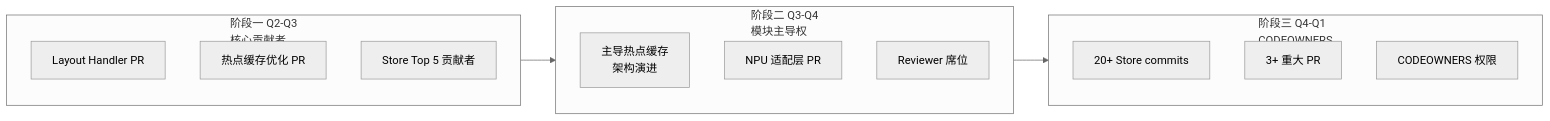
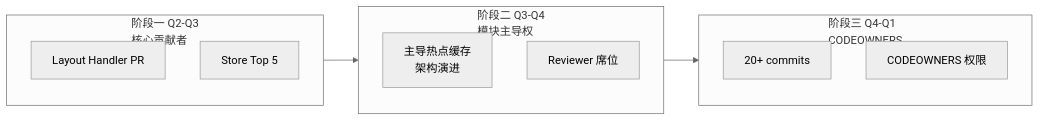
One commit to QJWang23/Mooncake changed the tenth of 10 diagrams in docs/superpowers/briefings/2026-06-11-distributed-kvcache-executive-briefing.md. Above: the diagram before and after it, drawn with Mermaid (neutral theme). The commit also changed other lines of this file, not shown here.

````diff
--- a/docs/superpowers/briefings/2026-06-11-distributed-kvcache-executive-briefing.md
+++ b/docs/superpowers/briefings/2026-06-11-distributed-kvcache-executive-briefing.md
@@ -443,22 +351,19 @@
 ```mermaid
 graph LR
-    subgraph 阶段一["阶段一 Q2-Q3<br/>核心贡献者"]
+    subgraph Q2Q3["阶段一 Q2-Q3<br/>核心贡献者"]
         A1["Layout Handler PR"]
-        A2["热点缓存优化 PR"]
-        A3["Store Top 5 贡献者"]
+        A2["Store Top 5"]
     end
 
-    subgraph 阶段二["阶段二 Q3-Q4<br/>模块主导权"]
+    subgraph Q3Q4["阶段二 Q3-Q4<br/>模块主导权"]
         B1["主导热点缓存<br/>架构演进"]
-        B2["NPU 适配层 PR"]
-        B3["Reviewer 席位"]
+        B2["Reviewer 席位"]
     end
 
-    subgraph 阶段三["阶段三 Q4-Q1<br/>CODEOWNERS"]
-        C1["20+ Store commits"]
-        C2["3+ 重大 PR"]
-        C3["CODEOWNERS 权限"]
+    subgraph Q4Q1["阶段三 Q4-Q1<br/>CODEOWNERS"]
+        C1["20+ commits"]
+        C2["CODEOWNERS 权限"]
     end
 
-    阶段一 --> 阶段二 --> 阶段三
+    Q2Q3 --> Q3Q4 --> Q4Q1
 ```
````
